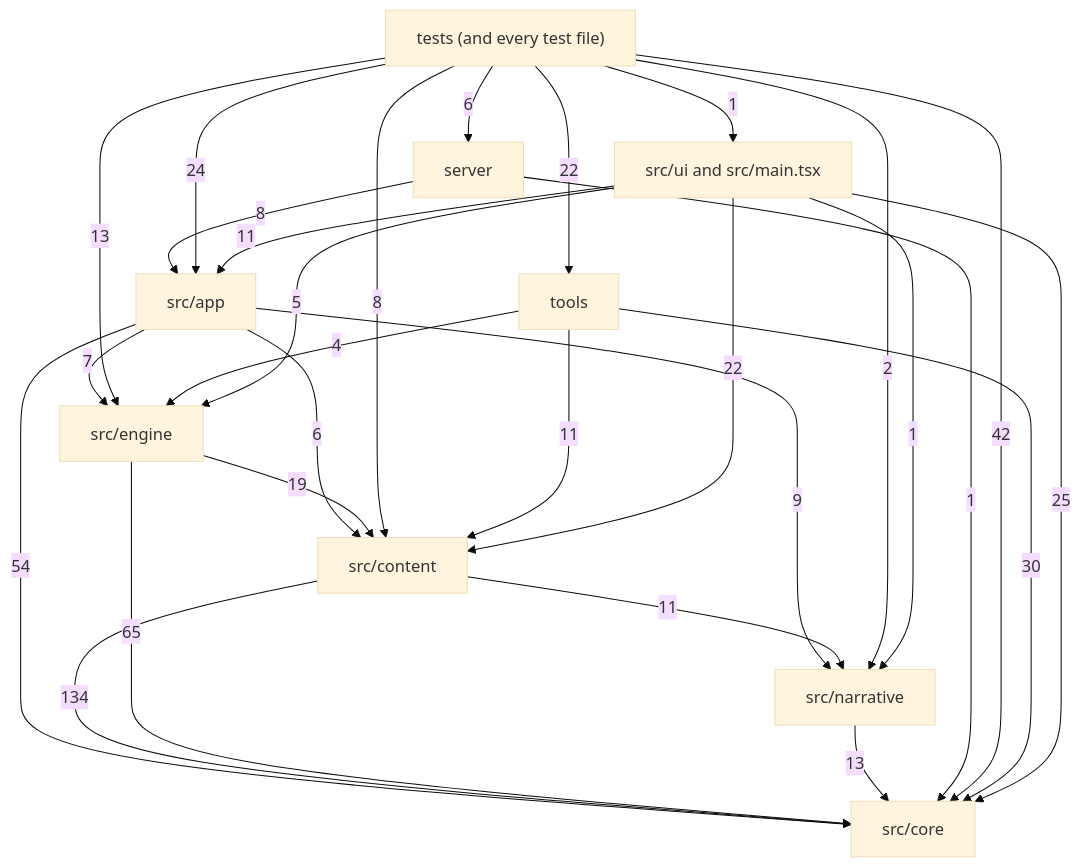
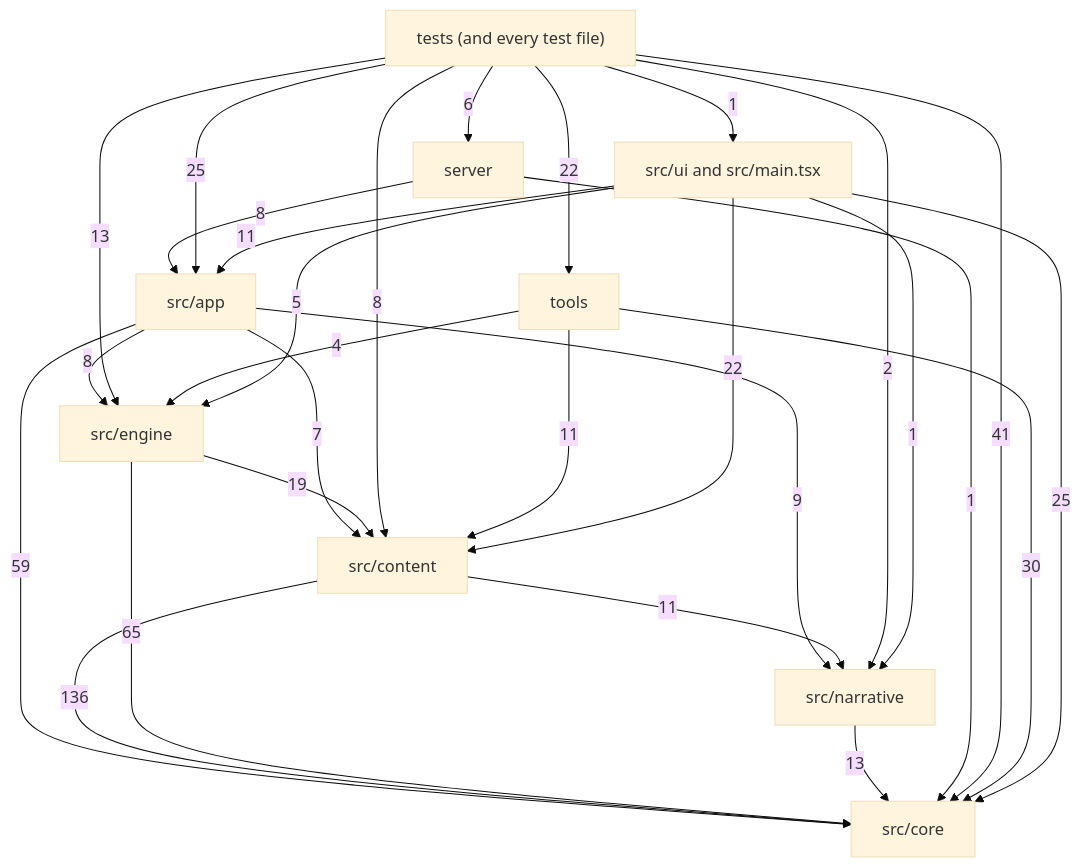
One commit to OrangeB0lt/Cyber-funk changed the diagram in docs/reference/code-map/README.md. Above: the diagram before and after it, drawn with Mermaid (base theme). The commit also changed other lines of this file and 12 other files, not shown here.

````diff
--- a/docs/reference/code-map/README.md
+++ b/docs/reference/code-map/README.md
@@ -29,39 +29,39 @@
 ```mermaid
 flowchart TD
   core["src/core"]
   narrative["src/narrative"]
   content["src/content"]
   engine["src/engine"]
   app["src/app"]
   ui["src/ui and src/main.tsx"]
   server["server"]
   tools["tools"]
   tests["tests (and every test file)"]
-  app -->|6| content
-  app -->|54| core
-  app -->|7| engine
+  app -->|7| content
+  app -->|59| core
+  app -->|8| engine
   app -->|9| narrative
-  content -->|134| core
+  content -->|136| core
   content -->|11| narrative
   engine -->|19| content
   engine -->|65| core
   narrative -->|13| core
   server -->|8| app
   server -->|1| core
-  tests -->|24| app
+  tests -->|25| app
   tests -->|8| content
-  tests -->|42| core
+  tests -->|41| core
   tests -->|13| engine
   tests -->|2| narrative
   tests -->|6| server
   tests -->|22| tools
   tests -->|1| ui
   tools -->|11| content
   tools -->|30| core
   tools -->|4| engine
   ui -->|11| app
   ui -->|22| content
   ui -->|25| core
   ui -->|5| engine
   ui -->|1| narrative
 ```
````
